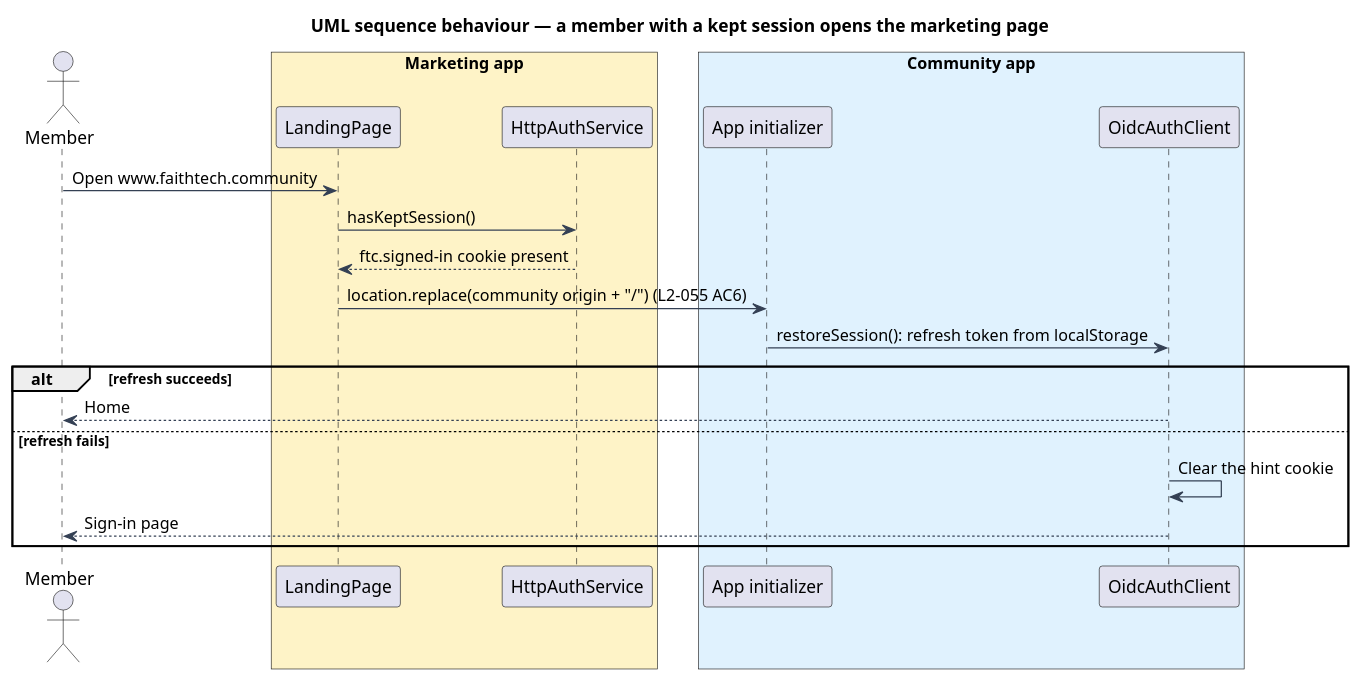
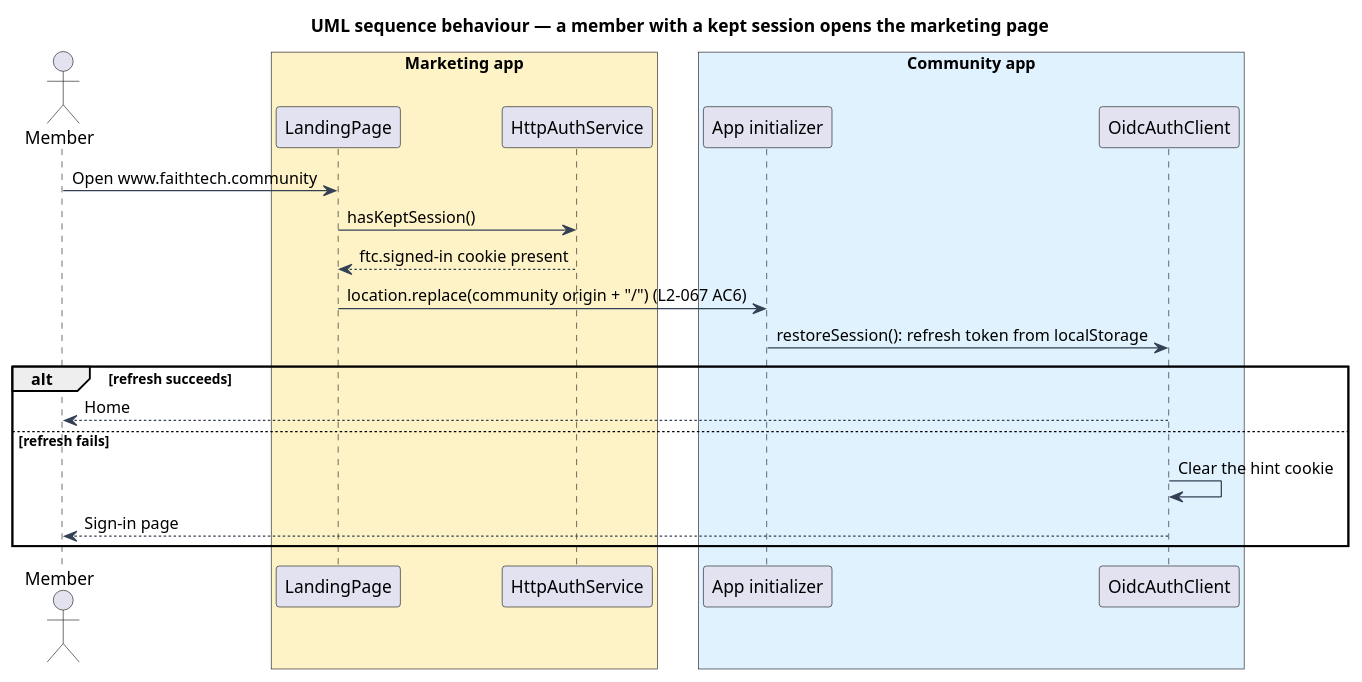
Before and after one commit to QuinntyneBrown/faithtech-community: the diagram in docs/detailed-designs/marketing/landing-page/diagrams/sequence-signed-in-visitor.puml, drawn with PlantUML. The commit also changed 54 other files, not shown here.

```diff
--- a/docs/detailed-designs/marketing/landing-page/diagrams/sequence-signed-in-visitor.puml
+++ b/docs/detailed-designs/marketing/landing-page/diagrams/sequence-signed-in-visitor.puml
@@ -1,27 +1,27 @@
 @startuml
 title UML sequence behaviour — a member with a kept session opens the marketing page
 skinparam backgroundColor #FFFFFF
 skinparam shadowing false
 skinparam defaultFontName Arial
 skinparam ArrowColor #344054
 actor "Member" as actor
 box "Marketing app" #FEF3C7
   participant "LandingPage" as page
   participant "HttpAuthService" as auth
 end box
 box "Community app" #E0F2FE
   participant "App initializer" as init
   participant "OidcAuthClient" as client
 end box
 actor -> page : Open www.faithtech.community
 page -> auth : hasKeptSession()
 auth --> page : ftc.signed-in cookie present
-page -> init : location.replace(community origin + "/") (L2-055 AC6)
+page -> init : location.replace(community origin + "/") (L2-067 AC6)
 init -> client : restoreSession(): refresh token from localStorage
 alt refresh succeeds
   client --> actor : Home
 else refresh fails
   client -> client : Clear the hint cookie
   client --> actor : Sign-in page
 end
 @enduml
```
